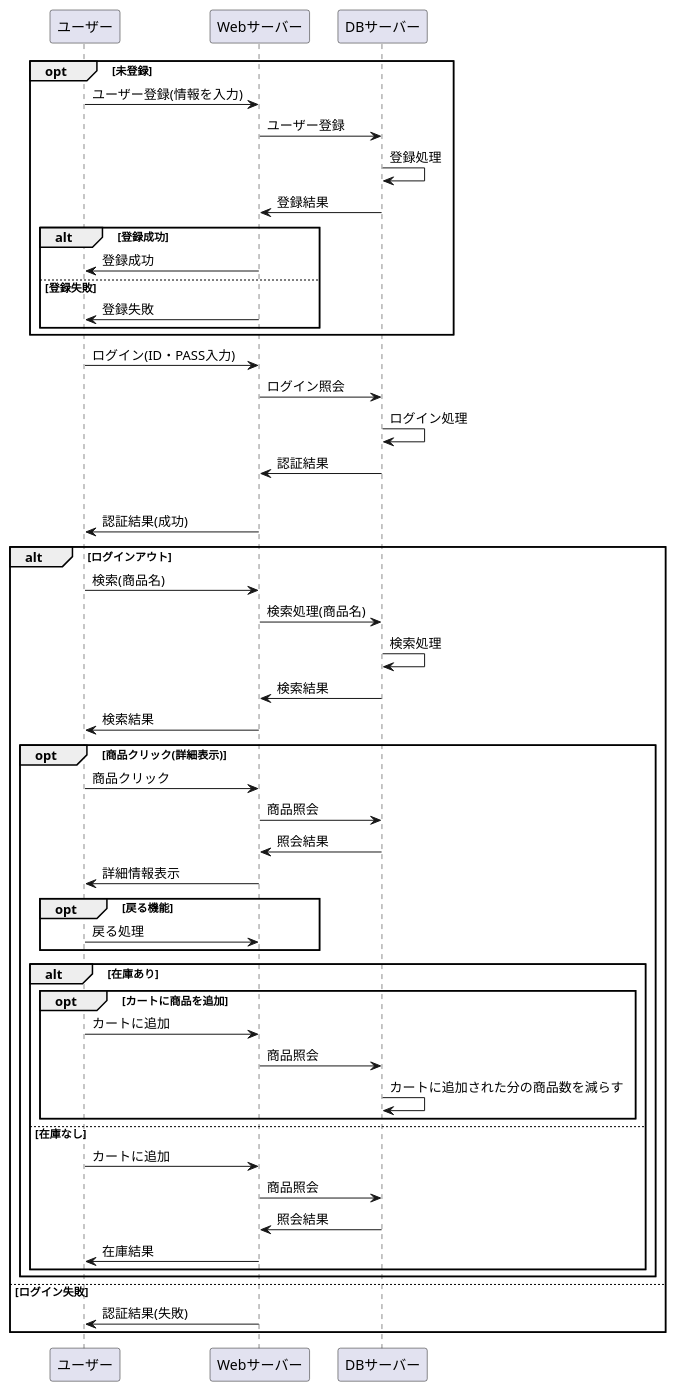
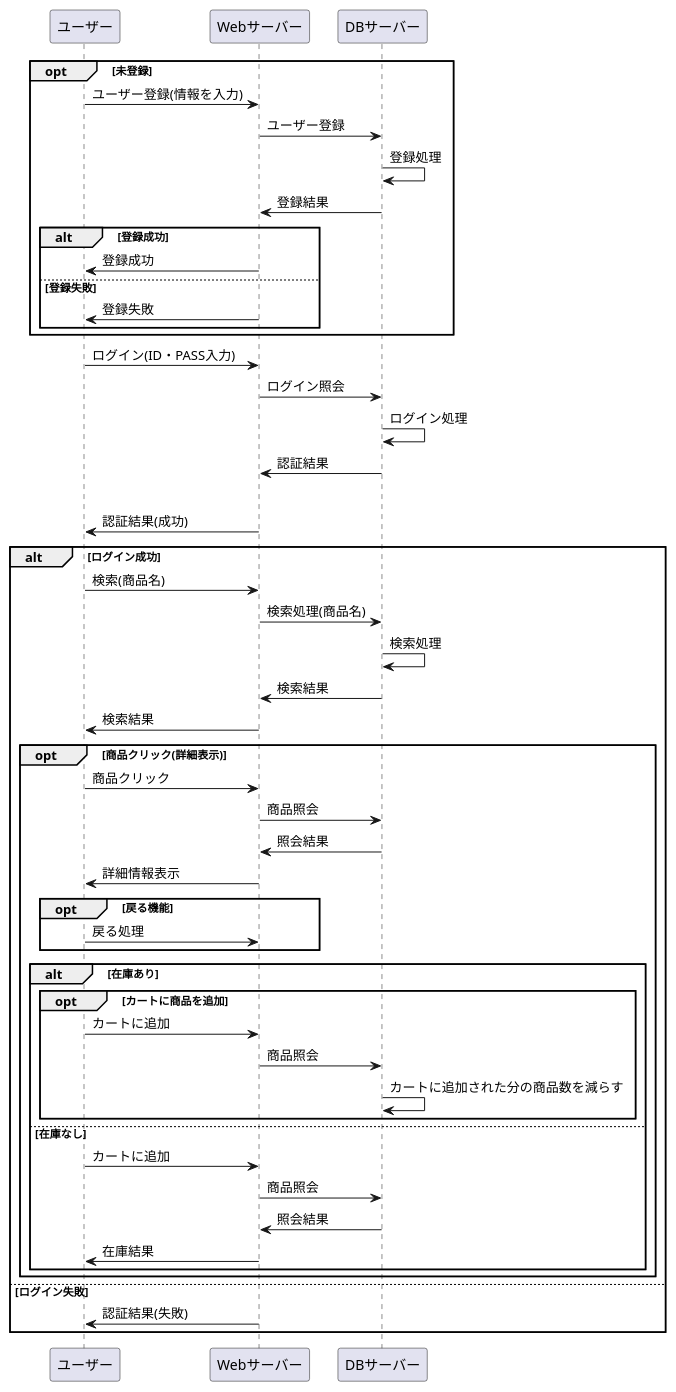
One commit to Aso2001184/2021sys-design changed the diagram in あの消し.業務フロー.md. Above: the diagram before and after it, drawn with PlantUML.

````diff
--- a/あの消し.業務フロー.md
+++ b/あの消し.業務フロー.md
@@ -1,61 +1,61 @@
 ```uml
 @startuml
 opt 未登録
 ユーザー -> Webサーバー : ユーザー登録(情報を入力)
 Webサーバー -> DBサーバー : ユーザー登録
 DBサーバー -> DBサーバー : 登録処理
 DBサーバー -> Webサーバー : 登録結果
 
 alt 登録成功
 Webサーバー -> ユーザー : 登録成功
 else 登録失敗
 Webサーバー -> ユーザー : 登録失敗
 end
 end
 
 ユーザー -> Webサーバー : ログイン(ID・PASS入力)
 Webサーバー -> DBサーバー : ログイン照会
 DBサーバー -> DBサーバー : ログイン処理
 DBサーバー -> Webサーバー : 認証結果
 
 alt ログイン成功
 Webサーバー -> ユーザー : 認証結果(成功)
 
-alt ログインアウト
+alt ログイン成功
 
 
 ユーザー -> Webサーバー : 検索(商品名)
 Webサーバー -> DBサーバー : 検索処理(商品名)
 DBサーバー -> DBサーバー : 検索処理
 DBサーバー -> Webサーバー : 検索結果
 Webサーバー -> ユーザー : 検索結果
 
 opt 商品クリック(詳細表示)
 ユーザー -> Webサーバー : 商品クリック
 Webサーバー -> DBサーバー : 商品照会
 DBサーバー -> Webサーバー : 照会結果
 Webサーバー -> ユーザー : 詳細情報表示
 opt 戻る機能
 ユーザー -> Webサーバー : 戻る処理
 end
 
 alt 在庫あり
 opt カートに商品を追加
 ユーザー -> Webサーバー : カートに追加
 Webサーバー -> DBサーバー : 商品照会
 DBサーバー -> DBサーバー : カートに追加された分の商品数を減らす
 end
 
 else 在庫なし
 ユーザー -> Webサーバー : カートに追加
 Webサーバー -> DBサーバー : 商品照会
 DBサーバー -> Webサーバー : 照会結果
 Webサーバー -> ユーザー : 在庫結果
 end
 end
 
 else ログイン失敗
 Webサーバー -> ユーザー : 認証結果(失敗)
 end
 @enduml
 ```
````
